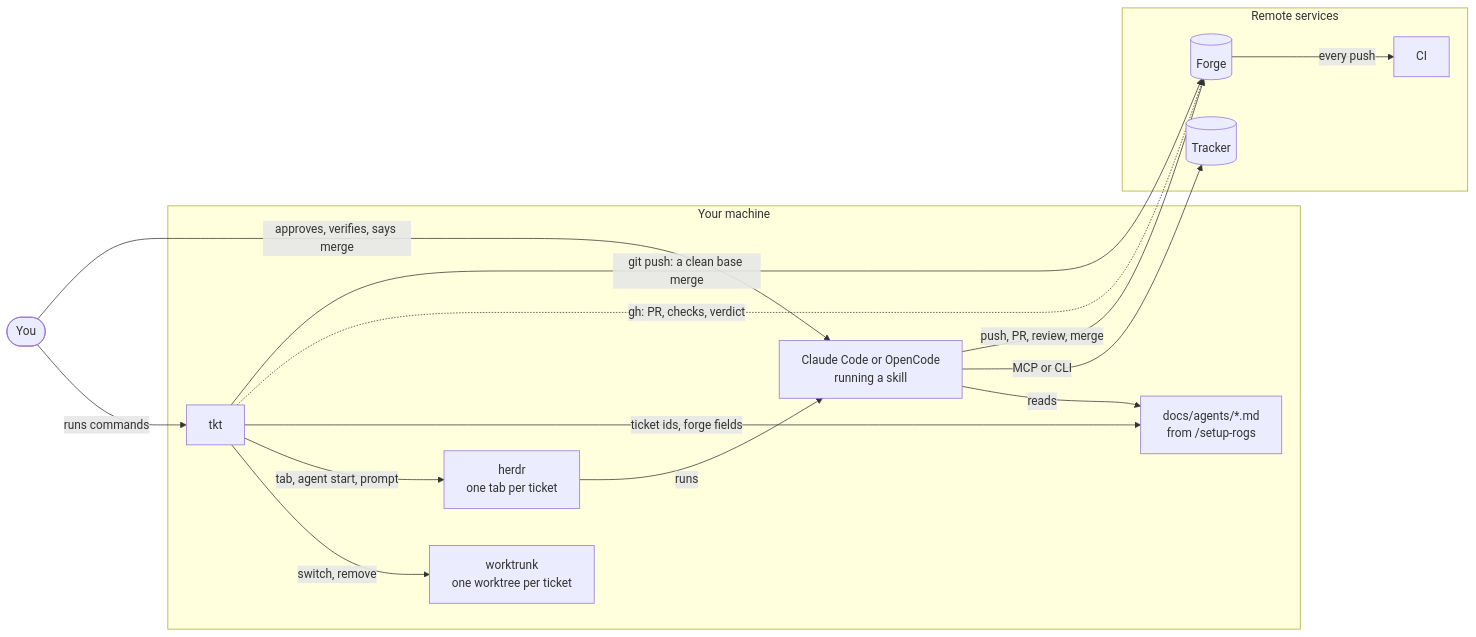
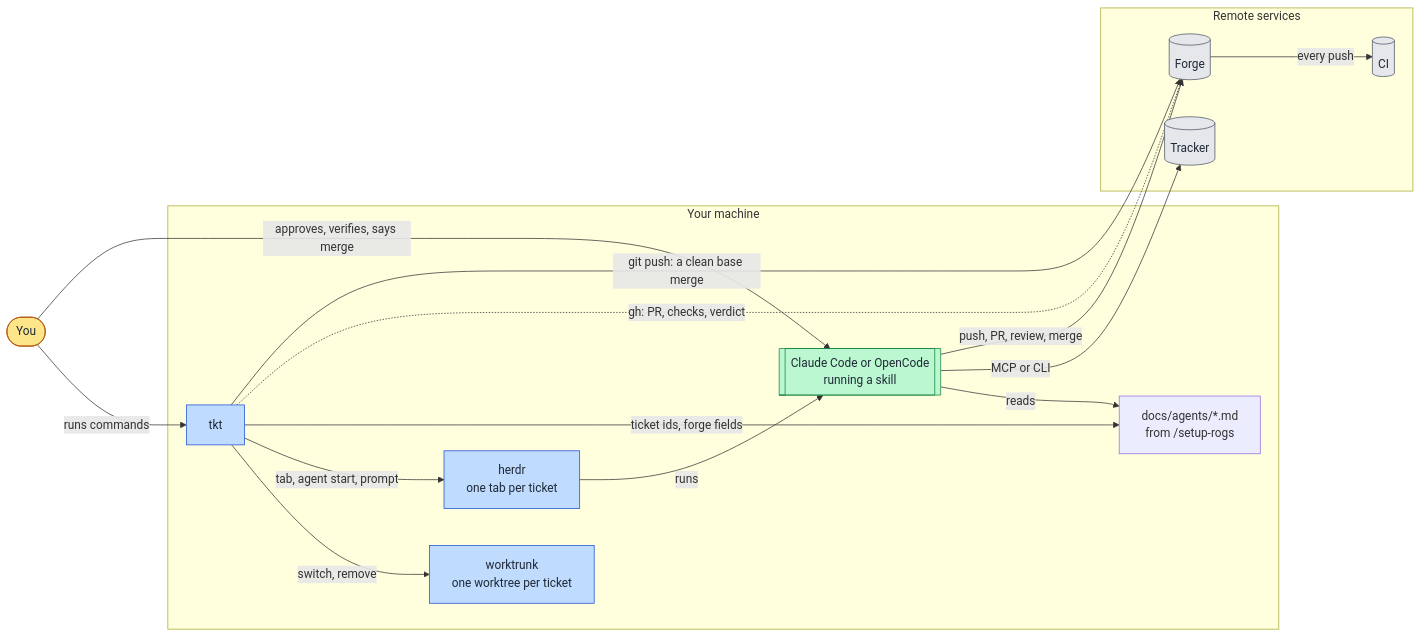
Before and after one commit to rogsme/tkt: the first of 9 diagrams in docs/lifecycle.md, drawn with Mermaid. The commit also changed other lines of this file and 4 other files, not shown here.

First line of the commit message:
Open the README with diagrams of how a ticket moves

````diff
--- a/docs/lifecycle.md
+++ b/docs/lifecycle.md
@@ -20,28 +20,37 @@
 ```mermaid
 flowchart LR
   you([You])
   subgraph local[Your machine]
     tkt[tkt]
     wt[worktrunk<br/>one worktree per ticket]
     herdr[herdr<br/>one tab per ticket]
-    agent[Claude Code or OpenCode<br/>running a skill]
+    agent[[Claude Code or OpenCode<br/>running a skill]]
     config[docs/agents/*.md<br/>from /setup-rogs]
   end
   subgraph remote[Remote services]
     tracker[(Tracker)]
     forge[(Forge)]
-    ci[CI]
+    ci[(CI)]
   end
   you -->|runs commands| tkt
   you -->|approves, verifies, says merge| agent
   tkt -->|switch, remove| wt
   tkt -->|tab, agent start, prompt| herdr
   tkt -->|ticket ids, forge fields| config
   tkt -.->|gh: PR, checks, verdict| forge
   tkt -->|git push: a clean base merge| forge
   herdr -->|runs| agent
   agent -->|reads| config
   agent -->|MCP or CLI| tracker
   agent -->|push, PR, review, merge| forge
   forge -->|every push| ci
+
+  classDef you fill:#fde68a,stroke:#b45309,color:#1f2937
+  classDef tkt fill:#bfdbfe,stroke:#1d4ed8,color:#1f2937
+  classDef skill fill:#bbf7d0,stroke:#15803d,color:#1f2937
+  classDef ext fill:#e5e7eb,stroke:#4b5563,color:#1f2937
+  class you you
+  class tkt,wt,herdr tkt
+  class agent skill
+  class tracker,forge,ci ext
 ```
````
